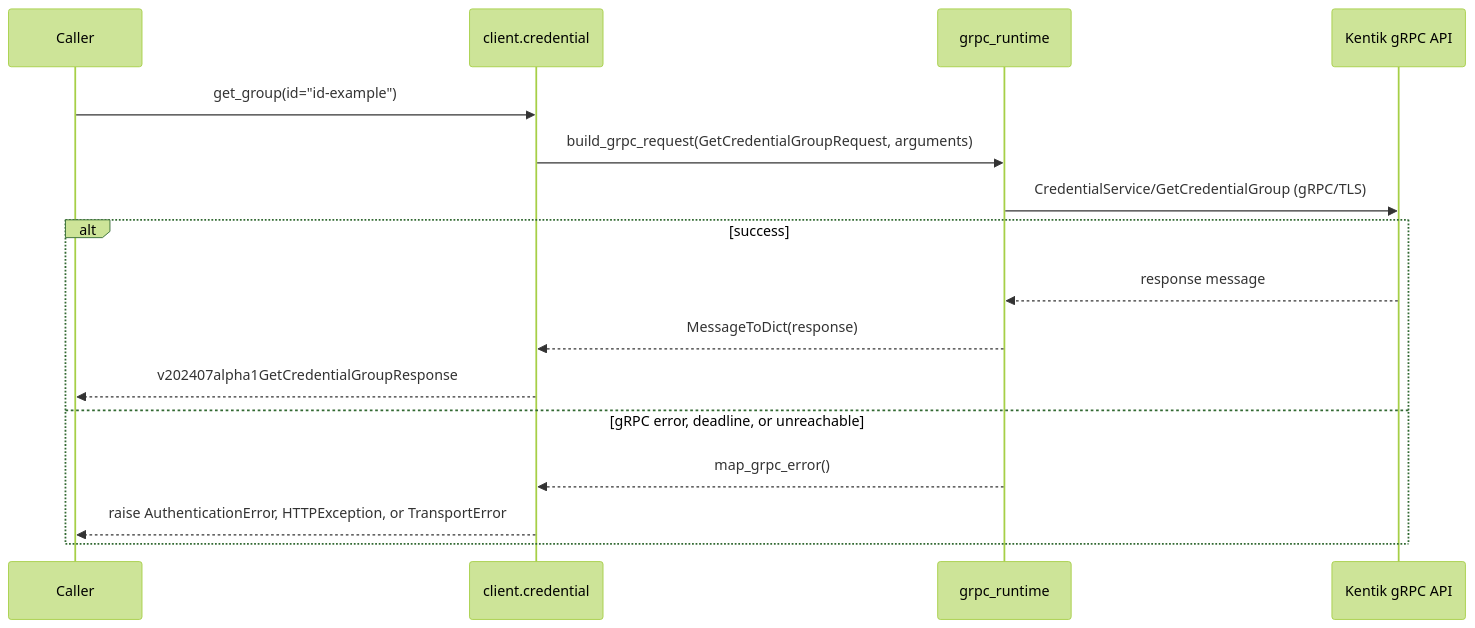
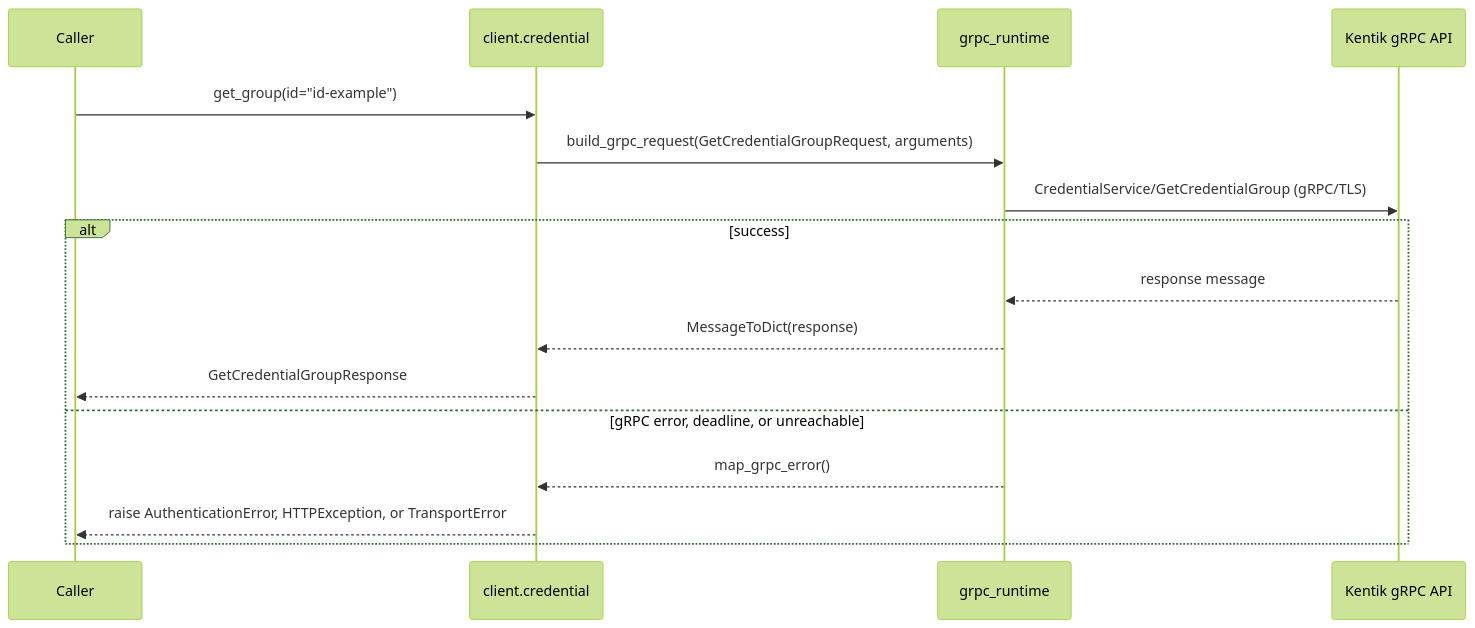
The fifth of 6 diagrams in docs/sphinx/services/credential.md (alexdearaujo/community_sdk_python), drawn with Mermaid (forest theme) before and after one commit. The commit also changed other lines of this file and 38 other files, not shown here.

````diff
--- a/docs/sphinx/services/credential.md
+++ b/docs/sphinx/services/credential.md
@@ -127,19 +127,19 @@
 ```mermaid
 sequenceDiagram
     participant C as Caller
     participant W as client.credential
     participant R as grpc_runtime
     participant API as Kentik gRPC API
 
     C->>W: get_group(id="id-example")
     W->>R: build_grpc_request(GetCredentialGroupRequest, arguments)
     R->>API: CredentialService/GetCredentialGroup (gRPC/TLS)
     alt success
         API-->>R: response message
         R-->>W: MessageToDict(response)
-        W-->>C: v202407alpha1GetCredentialGroupResponse
+        W-->>C: GetCredentialGroupResponse
     else gRPC error, deadline, or unreachable
         R-->>W: map_grpc_error()
         W-->>C: raise AuthenticationError, HTTPException, or TransportError
     end
 ```
````
